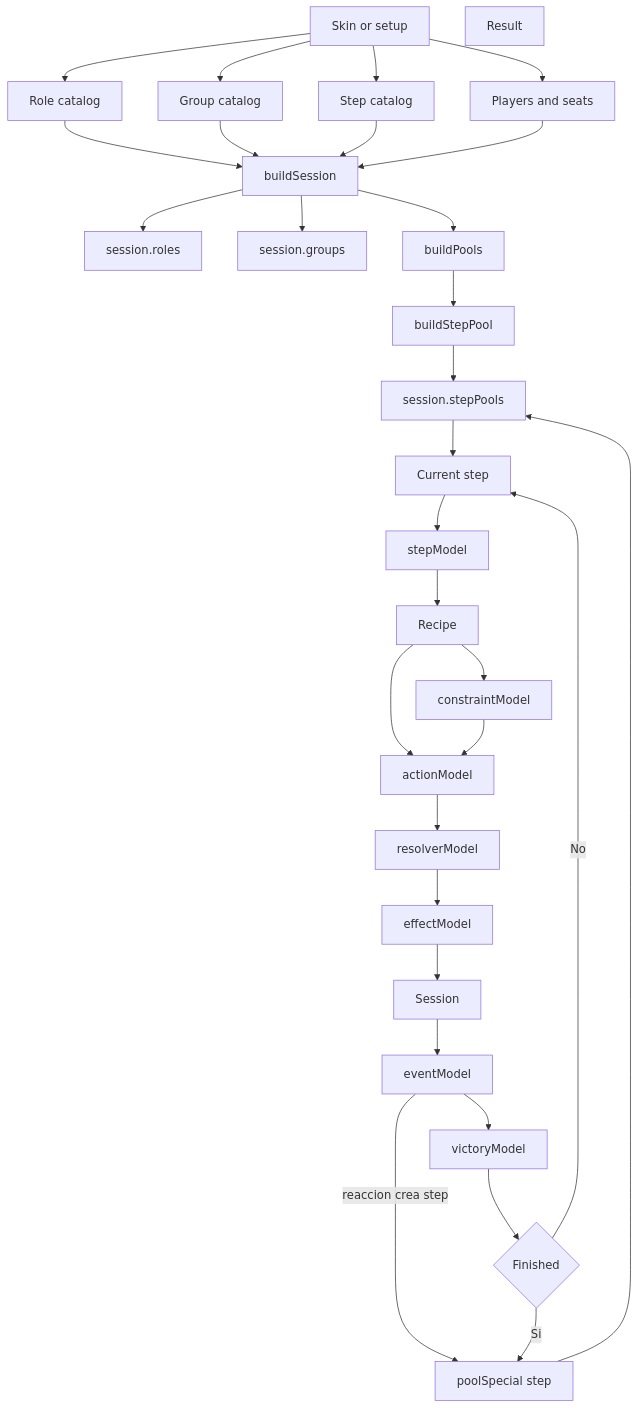
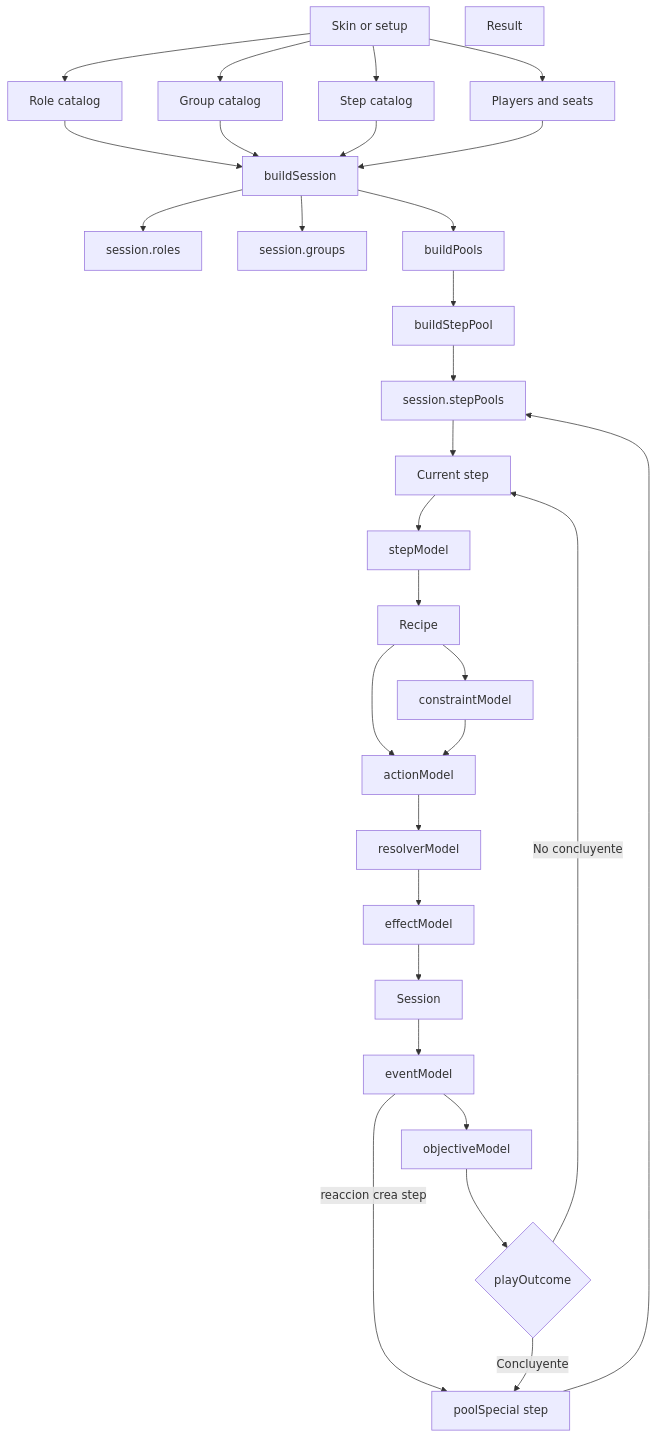
Before and after one commit to juanramonmorandeira/castronegro-director: the first of 14 diagrams in docs/engine_flow_map.md, drawn with Mermaid. The commit also changed other lines of this file and 28 other files, not shown here.

````diff
--- a/docs/engine_flow_map.md
+++ b/docs/engine_flow_map.md
@@ -8,57 +8,57 @@
 ```mermaid
 flowchart TD
   Skin[Skin or setup]
   RoleCatalog[Role catalog]
   GroupCatalog[Group catalog]
   StepCatalog[Step catalog]
   Players[Players and seats]
   BuildSession[buildSession]
   RoleStates[session.roles]
   GroupStates[session.groups]
   BuildPools[buildPools]
   BuildStepPool[buildStepPool]
   StepPools[session.stepPools]
   CurrentStep[Current step]
   StepModel[stepModel]
   Recipe[Recipe]
   Constraint[constraintModel]
   Action[actionModel]
   Resolver[resolverModel]
   Effect[effectModel]
   Session[Session]
-  Victory[victoryModel]
-  Finished{Finished}
+  Objectives[objectiveModel]
+  PlayOutcome{playOutcome}
   Event[eventModel]
   SpecialStep[poolSpecial step]
   Result[Result]
 
   Skin --> RoleCatalog
   Skin --> GroupCatalog
   Skin --> StepCatalog
   Skin --> Players
   RoleCatalog --> BuildSession
   GroupCatalog --> BuildSession
   StepCatalog --> BuildSession
   Players --> BuildSession
   BuildSession --> RoleStates
   BuildSession --> GroupStates
   BuildSession --> BuildPools
   BuildPools --> BuildStepPool
   BuildStepPool --> StepPools
   StepPools --> CurrentStep
   CurrentStep --> StepModel
   StepModel --> Recipe
   Recipe --> Constraint
   Recipe --> Action
   Constraint --> Action
   Action --> Resolver
   Resolver --> Effect
   Effect --> Session
   Session --> Event
   Event -->|reaccion crea step| SpecialStep
   SpecialStep --> StepPools
-  Event --> Victory
-  Victory --> Finished
-  Finished -->|No| CurrentStep
-  Finished -->|Si| SpecialStep
+  Event --> Objectives
+  Objectives --> PlayOutcome
+  PlayOutcome -->|No concluyente| CurrentStep
+  PlayOutcome -->|Concluyente| SpecialStep
 ```
````
